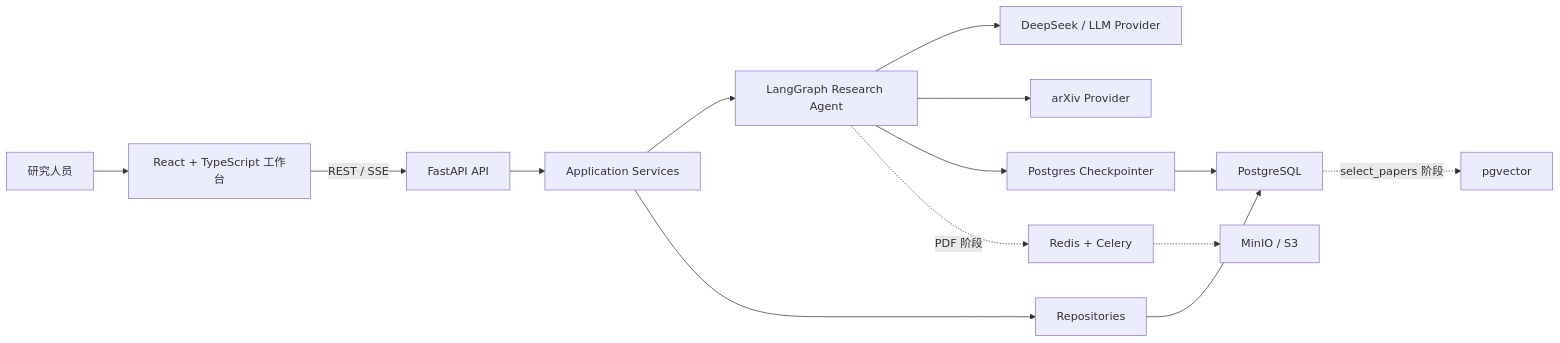
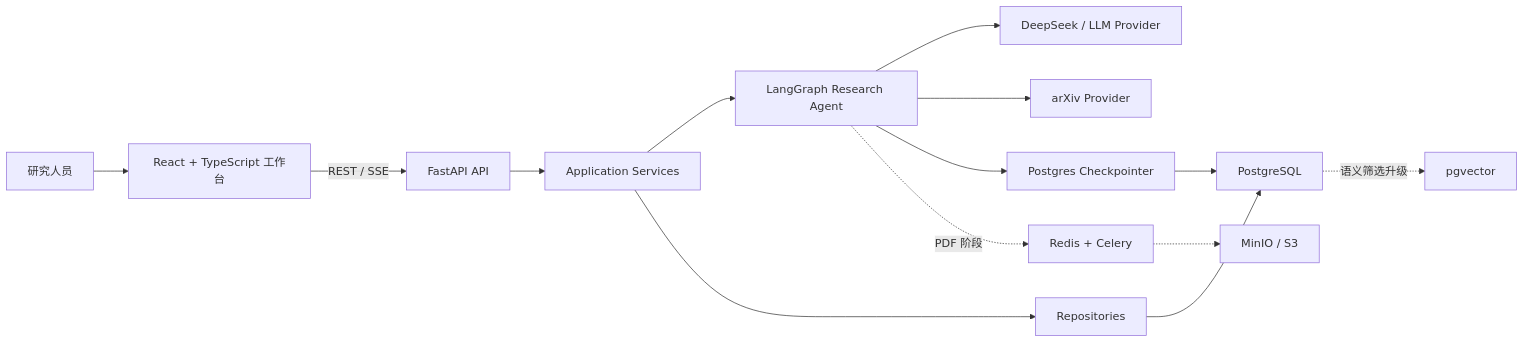
Before and after one commit to commonal/research-evidence-agent: the diagram in PROJECT_GUIDE.md, drawn with Mermaid. The commit also changed other lines of this file and 19 other files, not shown here.

````diff
--- a/PROJECT_GUIDE.md
+++ b/PROJECT_GUIDE.md
@@ -996,16 +998,16 @@
 ```mermaid
 flowchart LR
     User["研究人员"] --> Web["React + TypeScript 工作台"]
     Web -->|"REST / SSE"| API["FastAPI API"]
     API --> App["Application Services"]
     App --> Graph["LangGraph Research Agent"]
     Graph --> LLM["DeepSeek / LLM Provider"]
     Graph --> Arxiv["arXiv Provider"]
     App --> Repo["Repositories"]
     Repo --> PG["PostgreSQL"]
     Graph --> Checkpoint["Postgres Checkpointer"]
     Checkpoint --> PG
-    PG -. "select_papers 阶段" .-> Vector["pgvector"]
+    PG -. "语义筛选升级" .-> Vector["pgvector"]
     Graph -. "PDF 阶段" .-> Queue["Redis + Celery"]
     Queue -.-> Object["MinIO / S3"]
 ```
````
